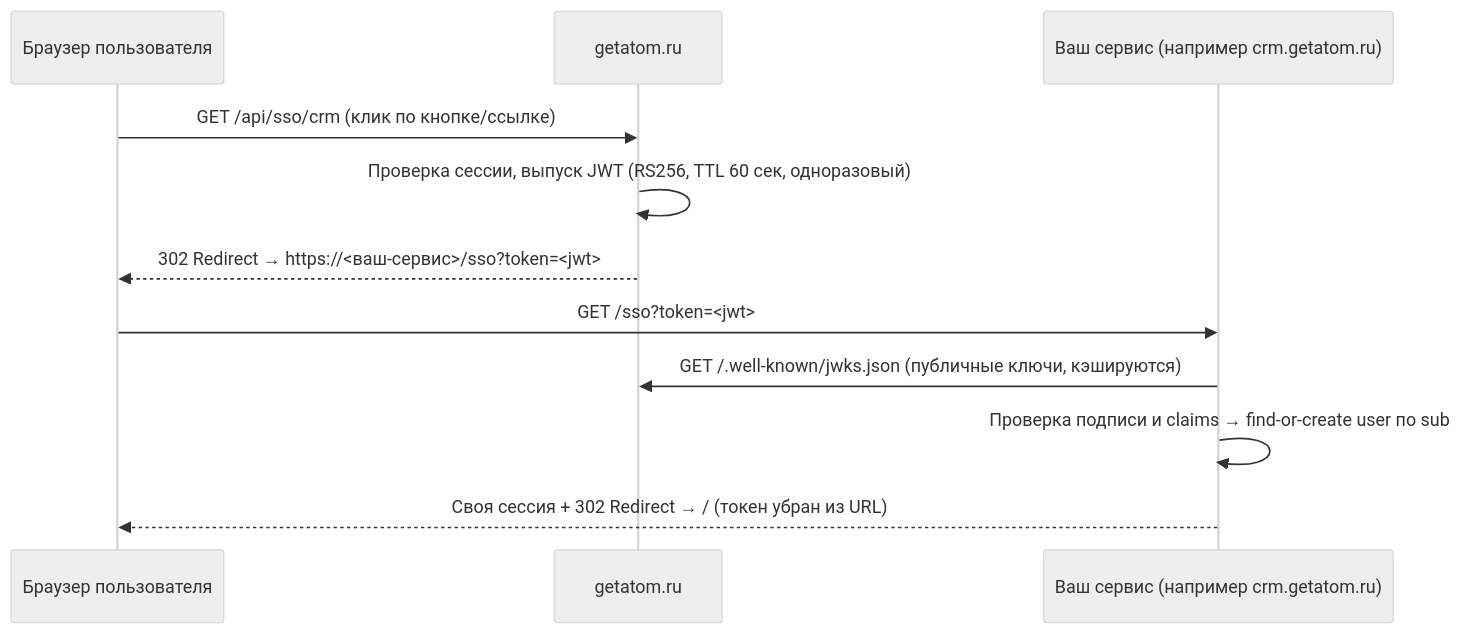
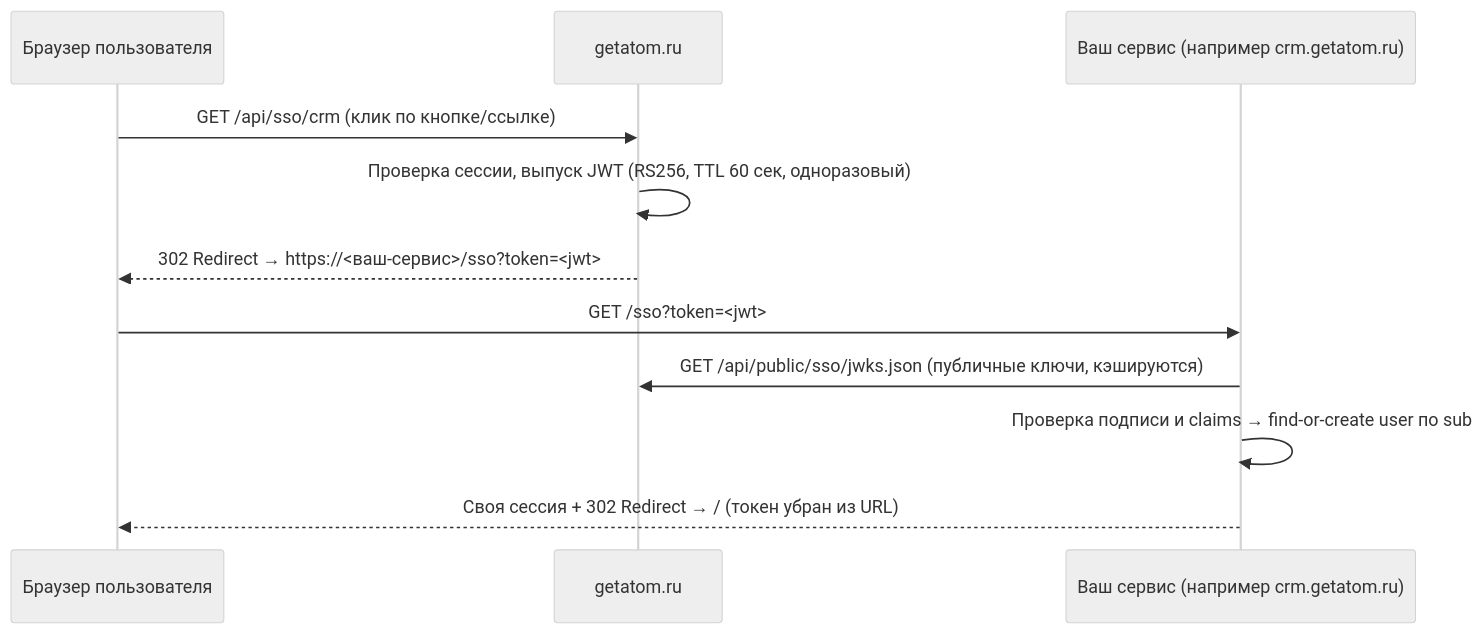
Before and after one commit to skiddgoddamn/getatom-sso-handoff: the diagram in README.md, drawn with Mermaid (neutral theme). The commit also changed 6 other files, not shown here.

First line of the commit message:
docs: JWKS переехал на /api/public/sso/jwks.json + live-test сервер

````diff
--- a/README.md
+++ b/README.md
@@ -9,14 +9,14 @@
 ```mermaid
 sequenceDiagram
     participant U as Браузер пользователя
     participant G as getatom.ru
     participant V as Ваш сервис (например crm.getatom.ru)
 
     U->>G: GET /api/sso/crm (клик по кнопке/ссылке)
     G->>G: Проверка сессии, выпуск JWT (RS256, TTL 60 сек, одноразовый)
     G-->>U: 302 Redirect → https://<ваш-сервис>/sso?token=<jwt>
     U->>V: GET /sso?token=<jwt>
-    V->>G: GET /.well-known/jwks.json (публичные ключи, кэшируются)
+    V->>G: GET /api/public/sso/jwks.json (публичные ключи, кэшируются)
     V->>V: Проверка подписи и claims → find-or-create user по sub
     V-->>U: Своя сессия + 302 Redirect → / (токен убран из URL)
 ```
````
